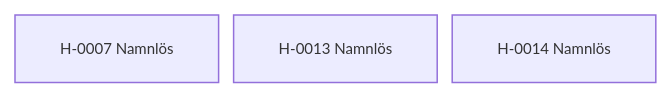
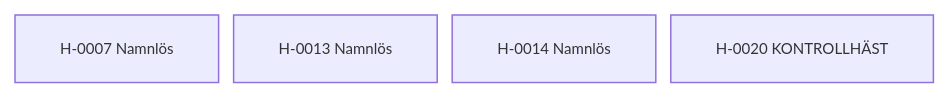
One commit to awoltmp/horse-registry changed the diagram in content/Stamtavlor/Fristående hästar.md. Above: the diagram before and after it, drawn with Mermaid. The commit also changed other lines of this file and 68 other files, not shown here.

````diff
--- a/content/Stamtavlor/Fristående hästar.md
+++ b/content/Stamtavlor/Fristående hästar.md
@@ -23,8 +23,9 @@
 ```mermaid
 %%{init: {"flowchart": {"nodeSpacing": 10, "rankSpacing": 18, "curve": "basis", "htmlLabels": true}, "themeVariables": {"fontSize": "10px"}}}%%
 flowchart TB
     h0["H-0007 Namnlös"]
     h1["H-0013 Namnlös"]
     h2["H-0014 Namnlös"]
-    class h0,h1,h2 internal-link;
+    h3["H-0020 KONTROLLHÄST"]
+    class h0,h1,h2,h3 internal-link;
 ```
````
